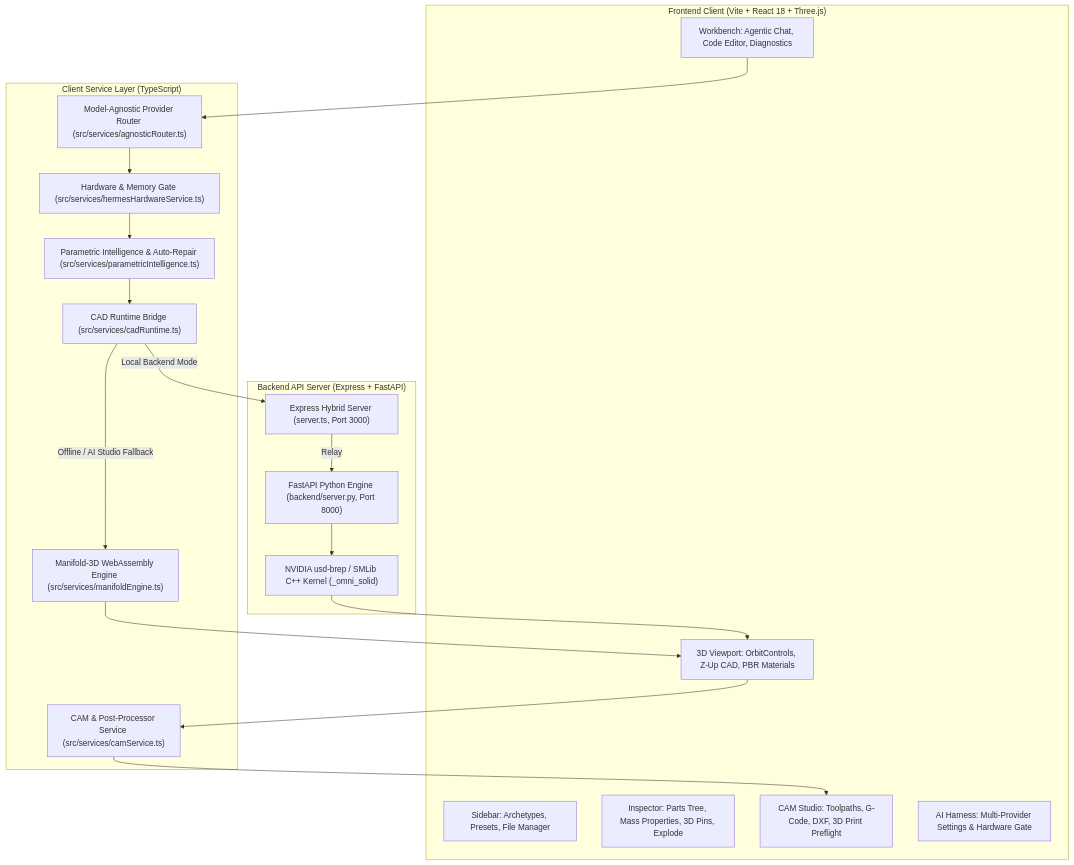
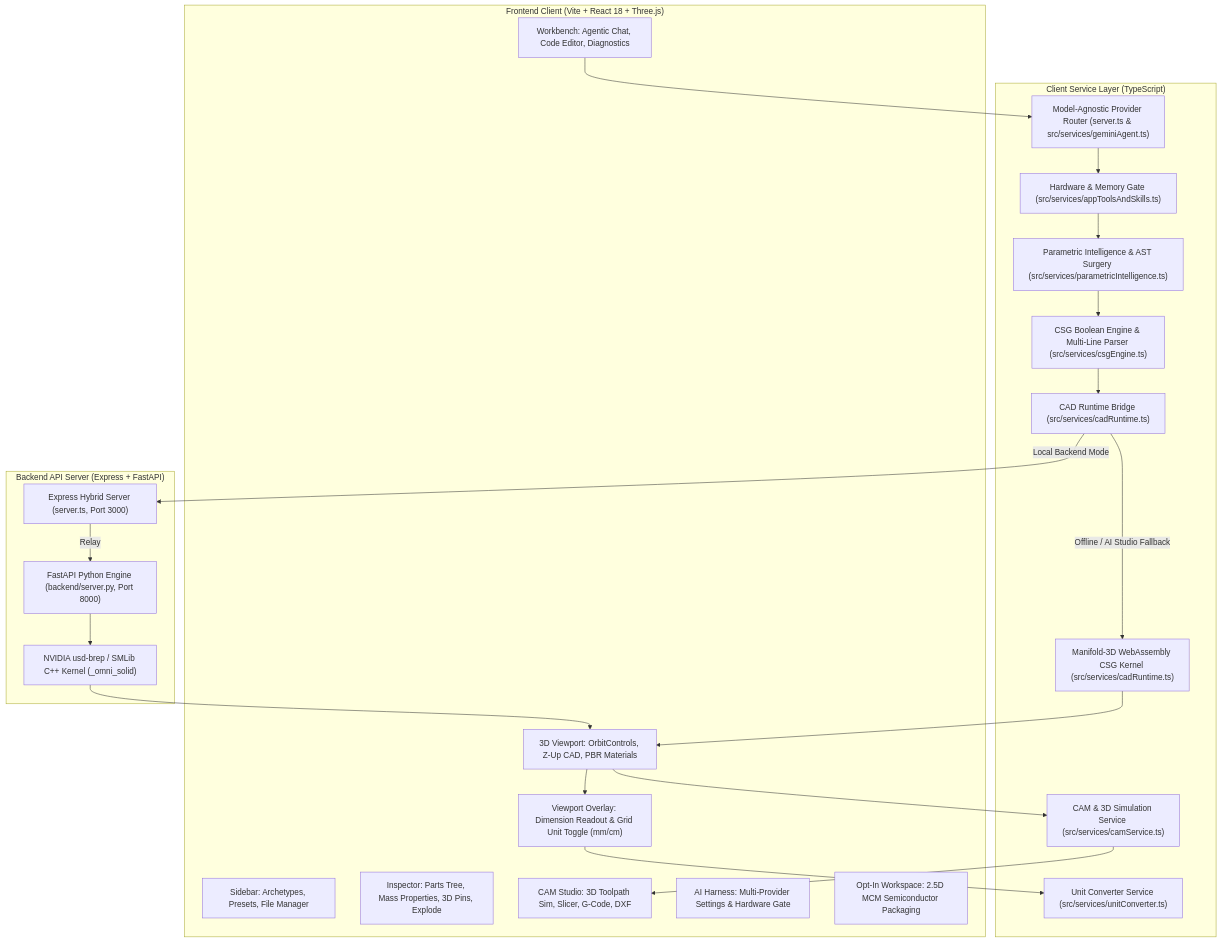
Before and after one commit to jimmyjdejesus-cmyk/agentic-cad-usd-brep: the diagram in ARCHITECTURE_AND_PLAN.md, drawn with Mermaid. The commit also changed other lines of this file and 11 other files, not shown here.

First line of the commit message:
docs(architecture): sync README, subsystem diagrams, manifest, and roadmap exit criteria (#42)

````diff
--- a/ARCHITECTURE_AND_PLAN.md
+++ b/ARCHITECTURE_AND_PLAN.md
@@ -37,39 +37,46 @@
 ```mermaid
 flowchart TD
     subgraph Frontend["Frontend Client (Vite + React 18 + Three.js)"]
         UI_Sidebar["Sidebar: Archetypes, Presets, File Manager"]
         UI_Workbench["Workbench: Agentic Chat, Code Editor, Diagnostics"]
         UI_Inspector["Inspector: Parts Tree, Mass Properties, 3D Pins, Explode"]
         UI_Viewport["3D Viewport: OrbitControls, Z-Up CAD, PBR Materials"]
-        UI_CAM["CAM Studio: Toolpaths, G-Code, DXF, 3D Print Preflight"]
+        UI_Dim["Viewport Overlay: Dimension Readout & Grid Unit Toggle (mm/cm)"]
+        UI_CAM["CAM Studio: 3D Toolpath Sim, Slicer, G-Code, DXF"]
         UI_Harness["AI Harness: Multi-Provider Settings & Hardware Gate"]
+        UI_EDA["Opt-In Workspace: 2.5D MCM Semiconductor Packaging"]
     end
 
     subgraph ServiceLayer["Client Service Layer (TypeScript)"]
-        Router["Model-Agnostic Provider Router (src/services/agnosticRouter.ts)"]
-        HardwareGate["Hardware & Memory Gate (src/services/hermesHardwareService.ts)"]
-        ParametricAI["Parametric Intelligence & Auto-Repair (src/services/parametricIntelligence.ts)"]
-        ManifoldCSG["Manifold-3D WebAssembly Engine (src/services/manifoldEngine.ts)"]
-        CAMService["CAM & Post-Processor Service (src/services/camService.ts)"]
+        Router["Model-Agnostic Provider Router (server.ts & src/services/geminiAgent.ts)"]
+        HardwareGate["Hardware & Memory Gate (src/services/appToolsAndSkills.ts)"]
+        ParametricAI["Parametric Intelligence & AST Surgery (src/services/parametricIntelligence.ts)"]
+        CsgEngine["CSG Boolean Engine & Multi-Line Parser (src/services/csgEngine.ts)"]
+        UnitConverter["Unit Converter Service (src/services/unitConverter.ts)"]
+        ManifoldCSG["Manifold-3D WebAssembly CSG Kernel (src/services/cadRuntime.ts)"]
+        CAMService["CAM & 3D Simulation Service (src/services/camService.ts)"]
         RuntimeBridge["CAD Runtime Bridge (src/services/cadRuntime.ts)"]
     end
 
     subgraph ServerLayer["Backend API Server (Express + FastAPI)"]
         ExpressServer["Express Hybrid Server (server.ts, Port 3000)"]
         FastAPIServer["FastAPI Python Engine (backend/server.py, Port 8000)"]
         NvidiaKernel["NVIDIA usd-brep / SMLib C++ Kernel (_omni_solid)"]
     end
 
     UI_Workbench --> Router
     Router --> HardwareGate
     HardwareGate --> ParametricAI
-    ParametricAI --> RuntimeBridge
+    ParametricAI --> CsgEngine
+    CsgEngine --> RuntimeBridge
     RuntimeBridge -->|Local Backend Mode| ExpressServer
     ExpressServer -->|Relay| FastAPIServer
     FastAPIServer --> NvidiaKernel
     RuntimeBridge -->|Offline / AI Studio Fallback| ManifoldCSG
     ManifoldCSG --> UI_Viewport
     NvidiaKernel --> UI_Viewport
+    UI_Viewport --> UI_Dim
+    UI_Dim --> UnitConverter
     UI_Viewport --> CAMService
     CAMService --> UI_CAM
 ```
````
